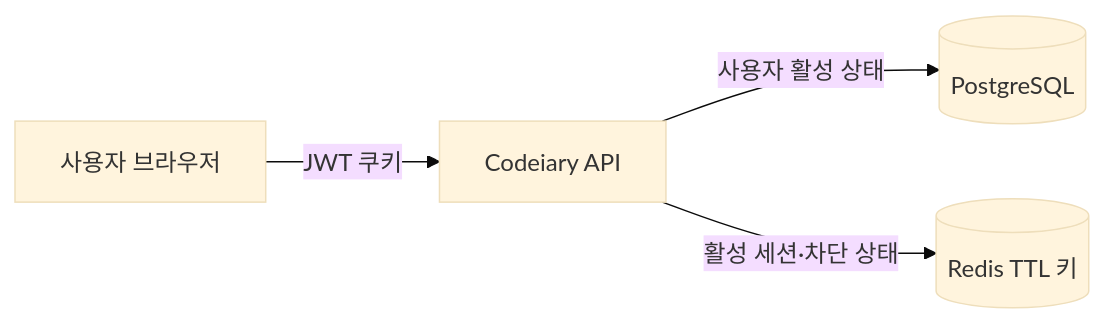
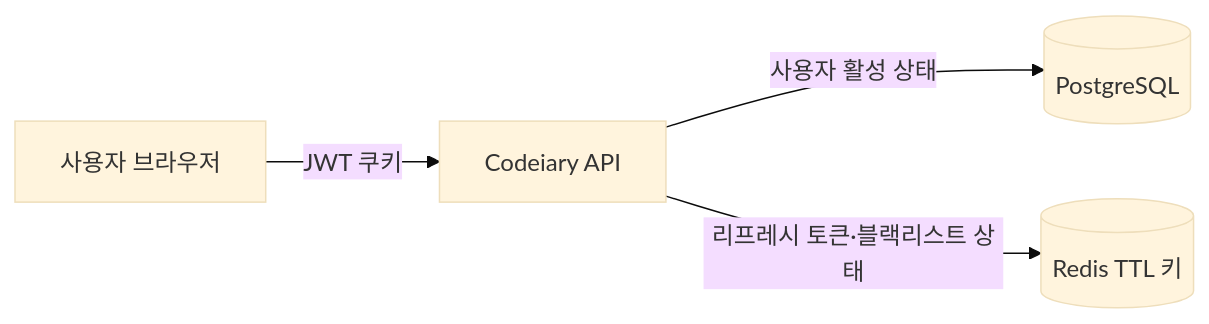
Before and after one commit to Codeiary/Codeiary-BE: the second of 3 diagrams in docs/architecture/ARCH-002 리프레시 토큰과 블랙리스트 Redis 전환 설계.md, drawn with Mermaid (base theme). The commit also changed other lines of this file and 3 other files, not shown here.

````diff
--- a/docs/architecture/ARCH-002 리프레시 토큰과 블랙리스트 Redis 전환 설계.md
+++ b/docs/architecture/ARCH-002 리프레시 토큰과 블랙리스트 Redis 전환 설계.md
@@ -103,6 +105,6 @@
 ```mermaid
 flowchart LR
     User[사용자 브라우저] -->|JWT 쿠키| API[Codeiary API]
     API -->|사용자 활성 상태| DB[(PostgreSQL)]
-    API -->|활성 세션·차단 상태| Redis[(Redis TTL 키)]
+    API -->|리프레시 토큰·블랙리스트 상태| Redis[(Redis TTL 키)]
 ```
````
